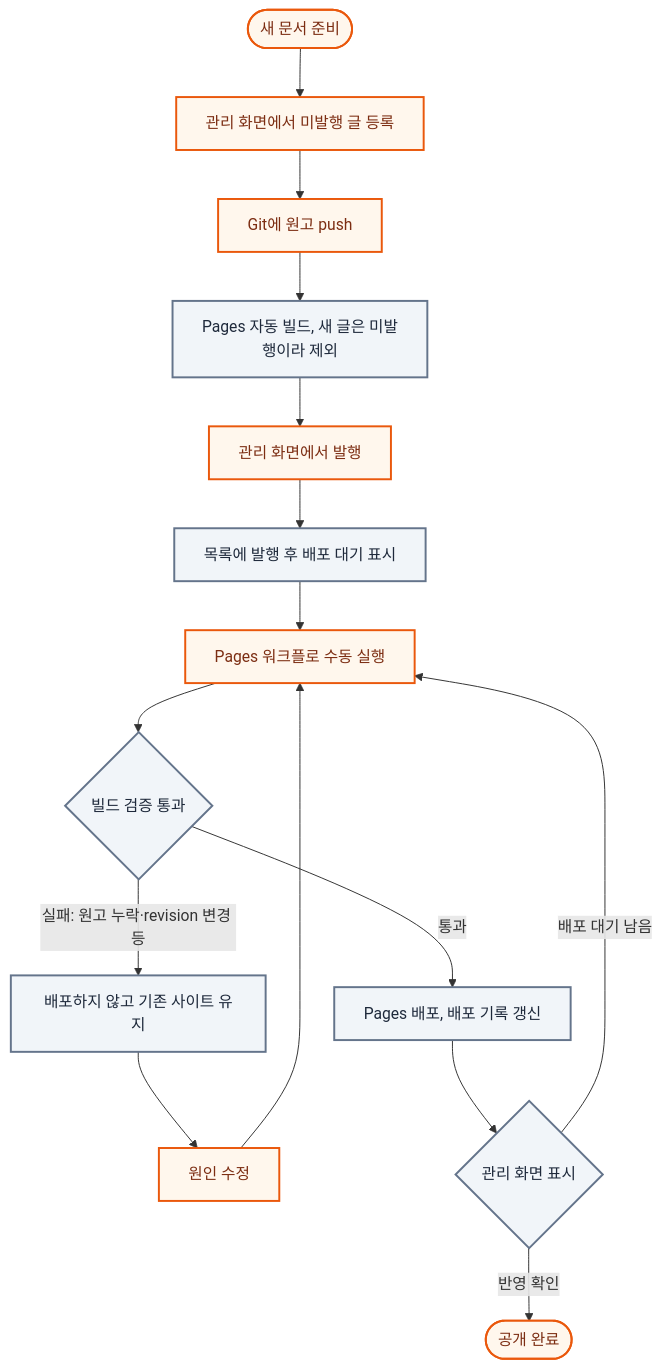
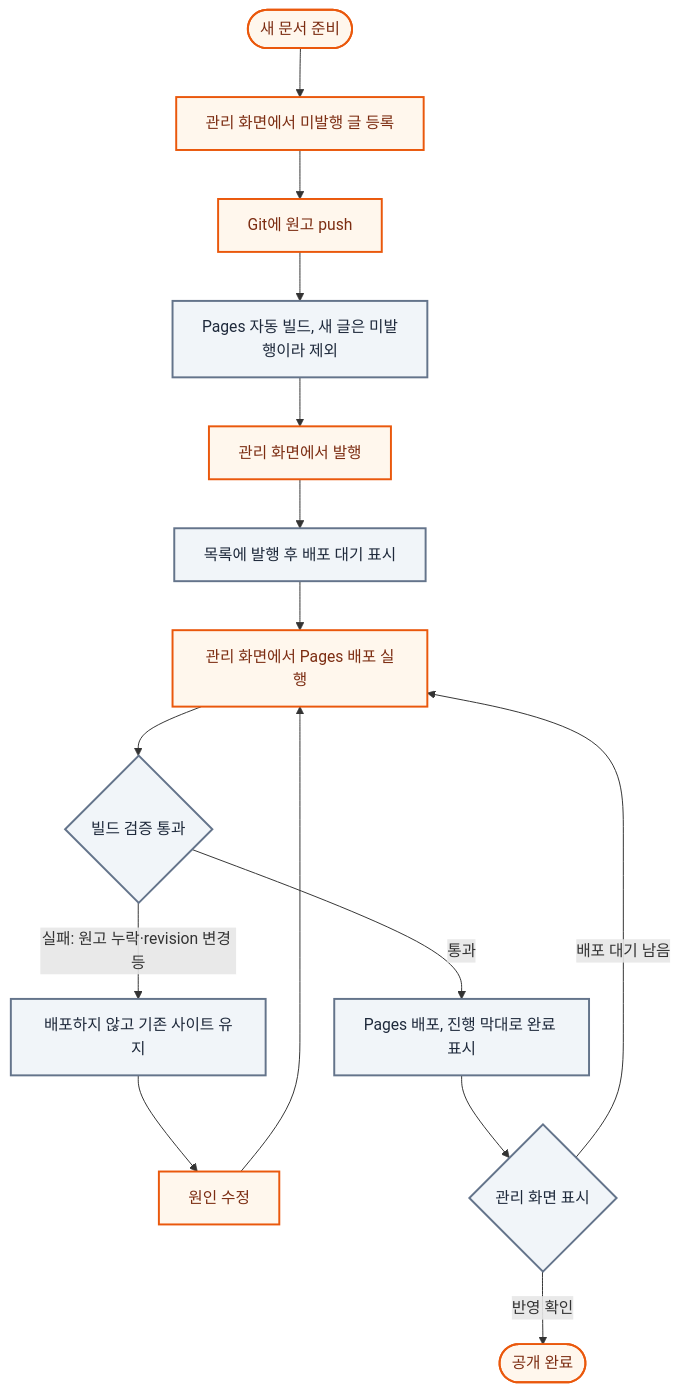
One commit to gjaku1031/ken-blog changed the fourth of 4 diagrams in content/posts/doc-4cfccbd2-1972-4ad8-893a-6a8bf45744e1.md. Above: the diagram before and after it, drawn with Mermaid. The commit also changed other lines of this file and 5 other files, not shown here.

First line of the commit message:
docs: narrow decisions doc to core decisions and trim architecture and features

````diff
--- a/content/posts/doc-4cfccbd2-1972-4ad8-893a-6a8bf45744e1.md
+++ b/content/posts/doc-4cfccbd2-1972-4ad8-893a-6a8bf45744e1.md
@@ -116,22 +90,22 @@
 ```mermaid caption="파랑은 독자 행동, 주황은 관리자 행동, 회색은 시스템 처리. 둥근 노드는 시작·끝, 마름모는 판단. 원고 push가 실행한 빌드에는 아직 미발행인 새 글이 빠지므로 발행 후 한 번 더 배포함"
 flowchart TD
     start(["새 문서 준비"]) --> reg["관리 화면에서 미발행 글 등록"]
     reg --> push["Git에 원고 push"]
     push --> auto["Pages 자동 빌드, 새 글은 미발행이라 제외"]
     auto --> pub["관리 화면에서 발행"]
     pub --> wait["목록에 발행 후 배포 대기 표시"]
-    wait --> run["Pages 워크플로 수동 실행"]
+    wait --> run["관리 화면에서 Pages 배포 실행"]
     run --> build{"빌드 검증 통과"}
     build -->|실패: 원고 누락·revision 변경 등| keep["배포하지 않고 기존 사이트 유지"]
     keep --> fix["원인 수정"]
     fix --> run
-    build -->|통과| deploy["Pages 배포, 배포 기록 갱신"]
+    build -->|통과| deploy["Pages 배포, 진행 막대로 완료 표시"]
     deploy --> check{"관리 화면 표시"}
     check -->|반영 확인| done(["공개 완료"])
     check -->|배포 대기 남음| run
     classDef reader fill:#eff6ff,stroke:#2563eb,color:#172554,stroke-width:2px
     classDef admin fill:#fff7ed,stroke:#ea580c,color:#7c2d12,stroke-width:2px
     classDef system fill:#f1f5f9,stroke:#64748b,color:#1e293b,stroke-width:2px
     class start,reg,push,pub,run,fix,done admin
     class auto,wait,build,keep,deploy,check system
 ```
````
